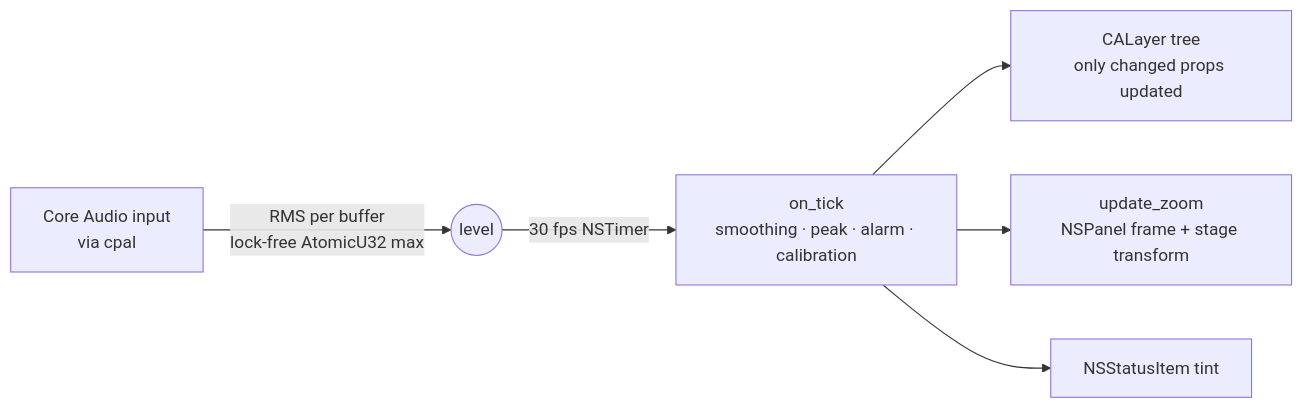
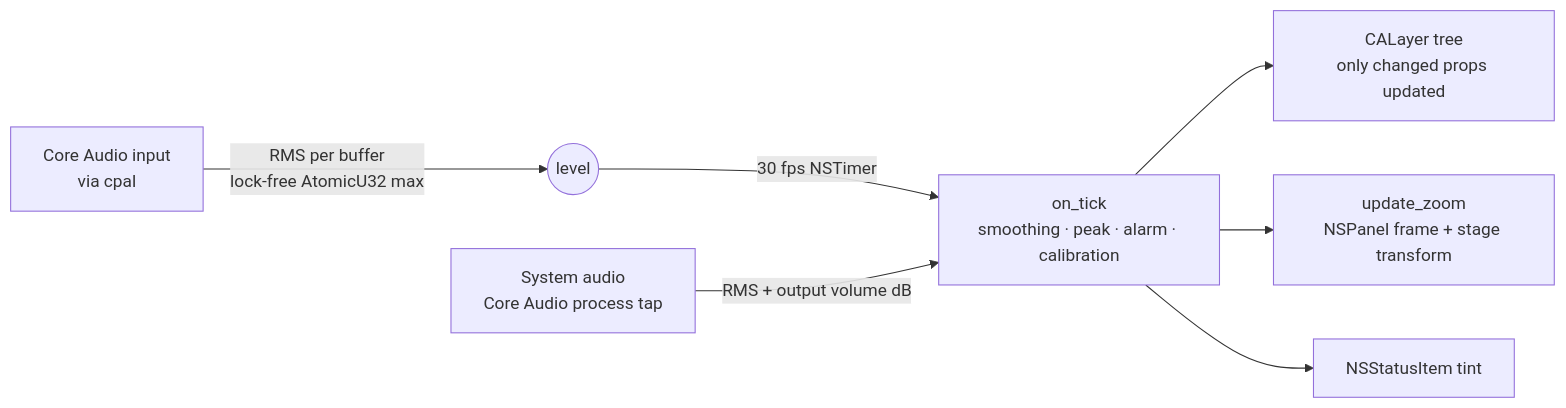
Before and after one commit to civancza/voice-meter: the diagram in README.md, drawn with Mermaid. The commit also changed other lines of this file and 16 other files, not shown here.

````diff
--- a/README.md
+++ b/README.md
@@ -100,8 +108,9 @@
 ```mermaid
 flowchart LR
   Mic[Core Audio input<br/>via cpal] -->|RMS per buffer<br/>lock-free AtomicU32 max| Level((level))
   Level -->|30 fps NSTimer| Tick[on_tick<br/>smoothing · peak · alarm · calibration]
   Tick --> Layers[CALayer tree<br/>only changed props updated]
   Tick --> Zoom[update_zoom<br/>NSPanel frame + stage transform]
   Tick --> Status[NSStatusItem tint]
+  Out[System audio<br/>Core Audio process tap] -->|RMS + output volume dB| Tick
 ```
````
